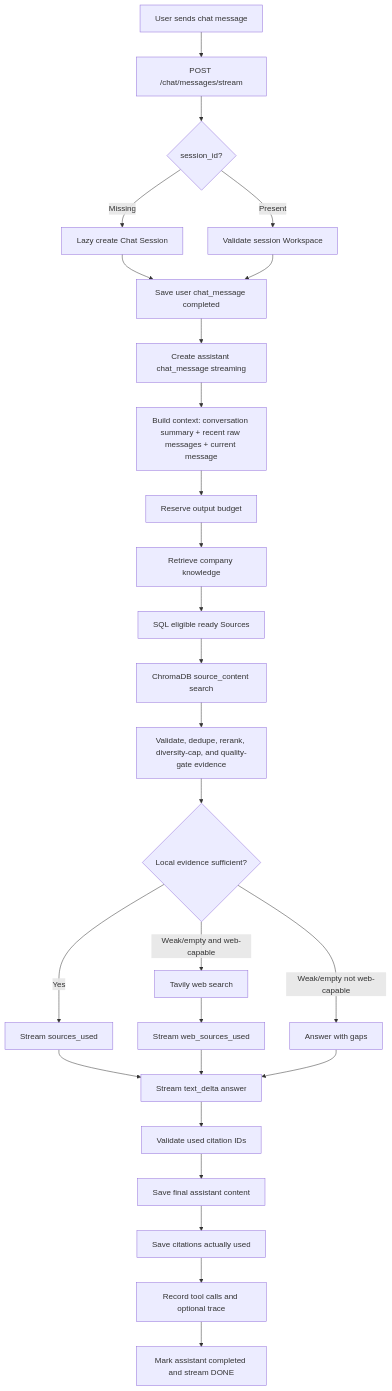
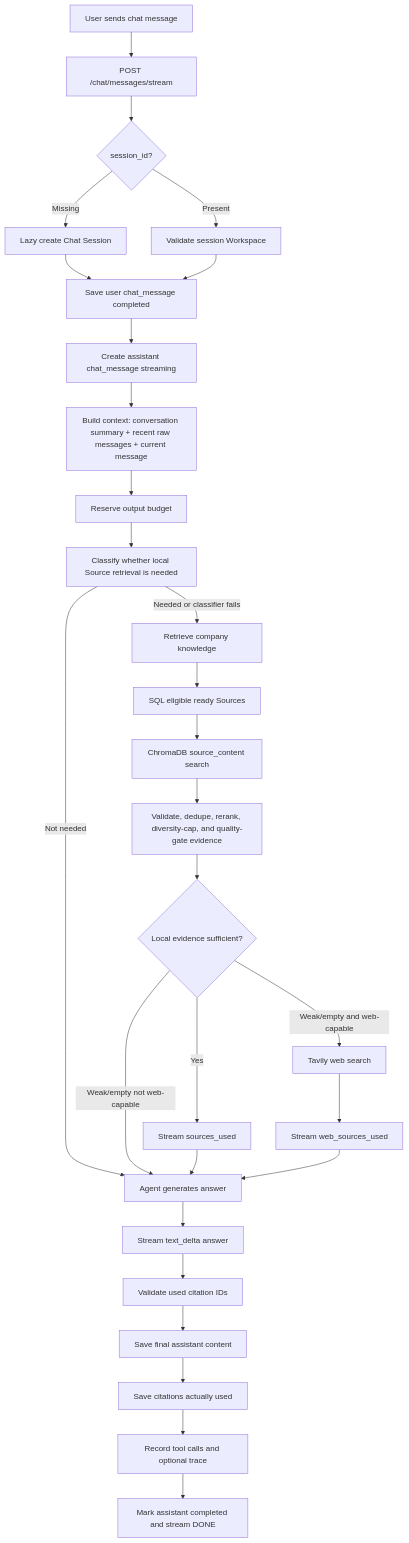
One commit to kodvel/final-project changed the third of 5 diagrams in docs/prd.md. Above: the diagram before and after it, drawn with Mermaid. The commit also changed other lines of this file and 29 other files, not shown here.

````diff
--- a/docs/prd.md
+++ b/docs/prd.md
@@ -620,29 +622,31 @@
 ```mermaid
 flowchart TD
   A[User sends chat message] --> B[POST /chat/messages/stream]
   B --> C{session_id?}
   C -->|Missing| D[Lazy create Chat Session]
   C -->|Present| E[Validate session Workspace]
   D --> F[Save user chat_message completed]
   E --> F
   F --> G[Create assistant chat_message streaming]
   G --> H[Build context: conversation summary + recent raw messages + current message]
   H --> I[Reserve output budget]
-  I --> J[Retrieve company knowledge]
-  J --> K[SQL eligible ready Sources]
-  K --> L[ChromaDB source_content search]
-  L --> M[Validate, dedupe, rerank, diversity-cap, and quality-gate evidence]
-  M --> N{Local evidence sufficient?}
-  N -->|Yes| O[Stream sources_used]
-  N -->|Weak/empty and web-capable| P[Tavily web search]
-  N -->|Weak/empty not web-capable| Q[Answer with gaps]
-  P --> R[Stream web_sources_used]
-  O --> S[Stream text_delta answer]
-  R --> S
-  Q --> S
-  S --> T[Validate used citation IDs]
-  T --> U[Save final assistant content]
-  U --> V[Save citations actually used]
-  V --> W[Record tool calls and optional trace]
-  W --> X[Mark assistant completed and stream DONE]
+  I --> J[Classify whether local Source retrieval is needed]
+  J -->|Needed or classifier fails| K[Retrieve company knowledge]
+  J -->|Not needed| R[Agent generates answer]
+  K --> L[SQL eligible ready Sources]
+  L --> M[ChromaDB source_content search]
+  M --> N[Validate, dedupe, rerank, diversity-cap, and quality-gate evidence]
+  N --> O{Local evidence sufficient?}
+  O -->|Yes| P[Stream sources_used]
+  O -->|Weak/empty and web-capable| Q[Tavily web search]
+  O -->|Weak/empty not web-capable| R
+  P --> R
+  Q --> S[Stream web_sources_used]
+  S --> R
+  R --> T[Stream text_delta answer]
+  T --> U[Validate used citation IDs]
+  U --> V[Save final assistant content]
+  V --> W[Save citations actually used]
+  W --> X[Record tool calls and optional trace]
+  X --> Y[Mark assistant completed and stream DONE]
 ```
````
